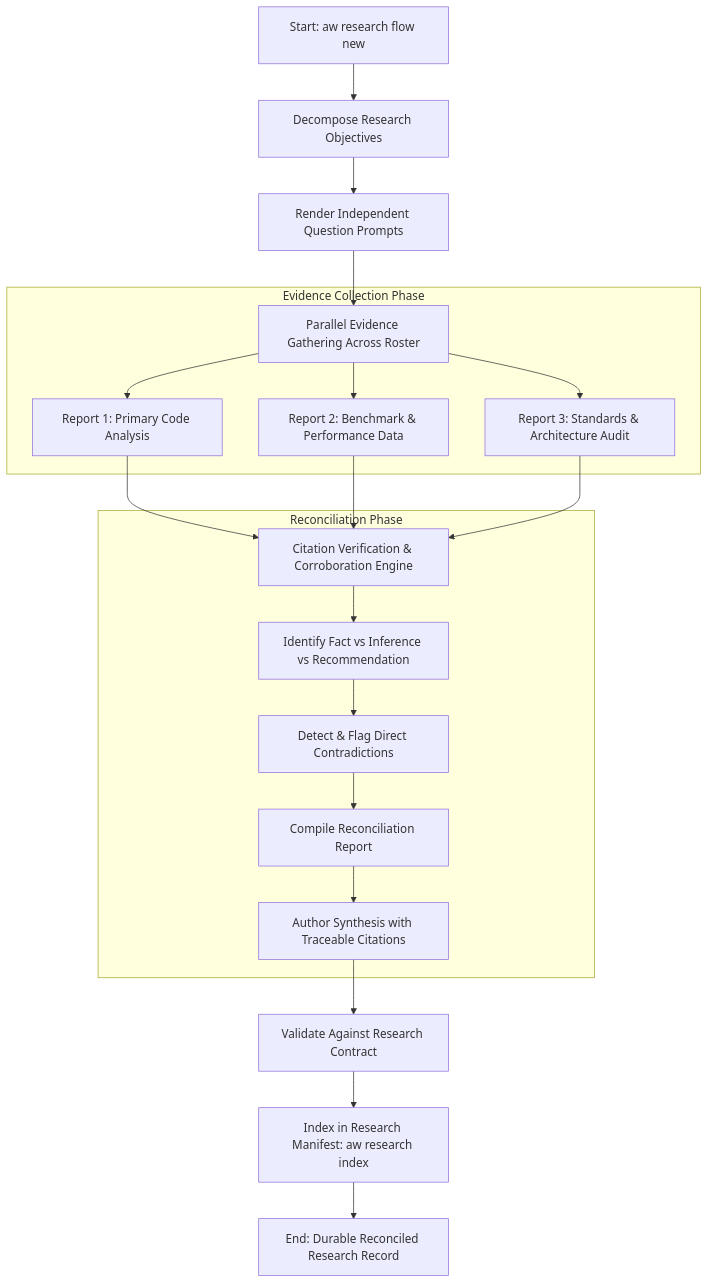
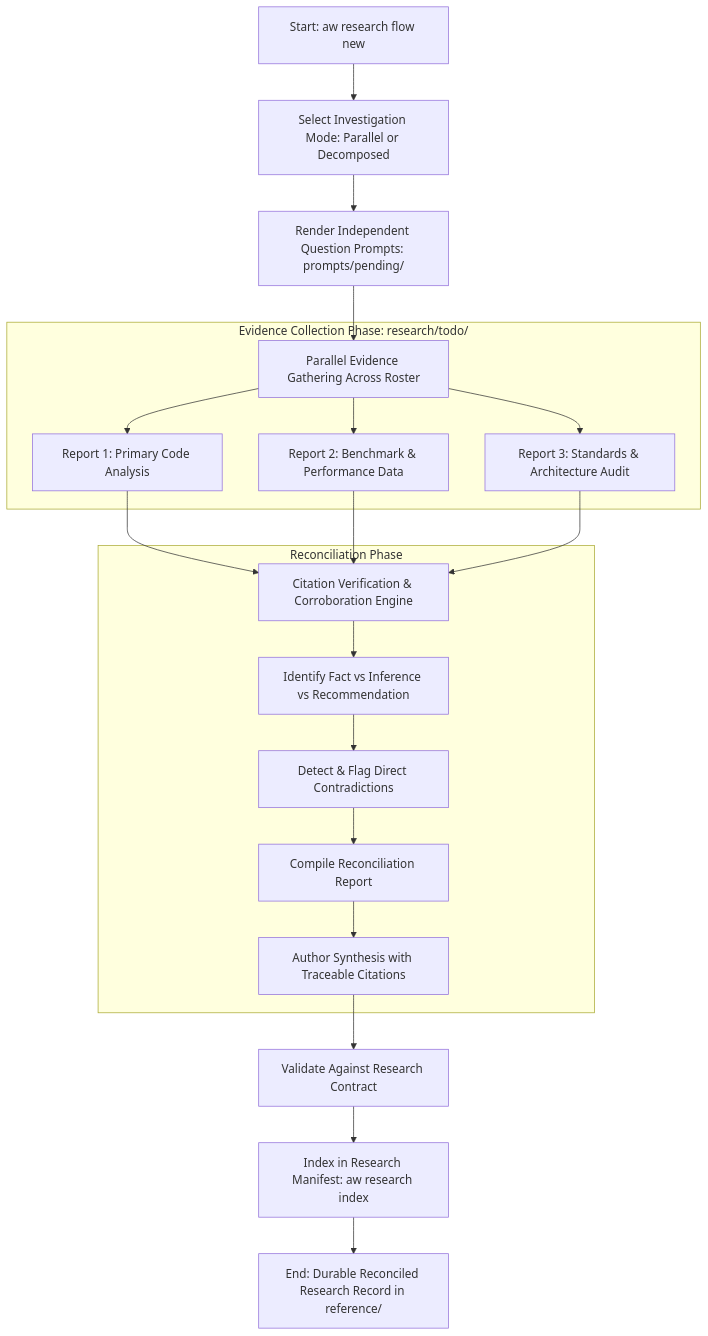
The third of 4 diagrams in .aw/records/specs/draft/20261024-specflow-01-18hh1u-spec-research-synthesis.spec.md (fariello/agent-workflows), drawn with Mermaid before and after one commit. The commit also changed other lines of this file and 1 other file, not shown here.

````diff
--- a/.aw/records/specs/draft/20261024-specflow-01-18hh1u-spec-research-synthesis.spec.md
+++ b/.aw/records/specs/draft/20261024-specflow-01-18hh1u-spec-research-synthesis.spec.md
@@ -526,27 +622,27 @@
 ```mermaid
 flowchart TD
-    RA[Start: aw research flow new] --> RB[Decompose Research Objectives]
-    RB --> RC[Render Independent Question Prompts]
+    RA[Start: aw research flow new] --> RB[Select Investigation Mode: Parallel or Decomposed]
+    RB --> RC[Render Independent Question Prompts: prompts/pending/]
     RC --> RD[Parallel Evidence Gathering Across Roster]
 
-    subgraph Evidence Collection Phase
+    subgraph Evidence Collection Phase: research/todo/
         RD --> RE1[Report 1: Primary Code Analysis]
         RD --> RE2[Report 2: Benchmark & Performance Data]
         RD --> RE3[Report 3: Standards & Architecture Audit]
     end
 
     RE1 --> RF[Citation Verification & Corroboration Engine]
     RE2 --> RF
     RE3 --> RF
 
     subgraph Reconciliation Phase
         RF --> RG[Identify Fact vs Inference vs Recommendation]
         RG --> RH[Detect & Flag Direct Contradictions]
         RH --> RI[Compile Reconciliation Report]
         RI --> RJ[Author Synthesis with Traceable Citations]
     end
 
     RJ --> RK[Validate Against Research Contract]
     RK --> RL[Index in Research Manifest: aw research index]
-    RL --> RM[End: Durable Reconciled Research Record]
+    RL --> RM[End: Durable Reconciled Research Record in reference/]
 ```
````
